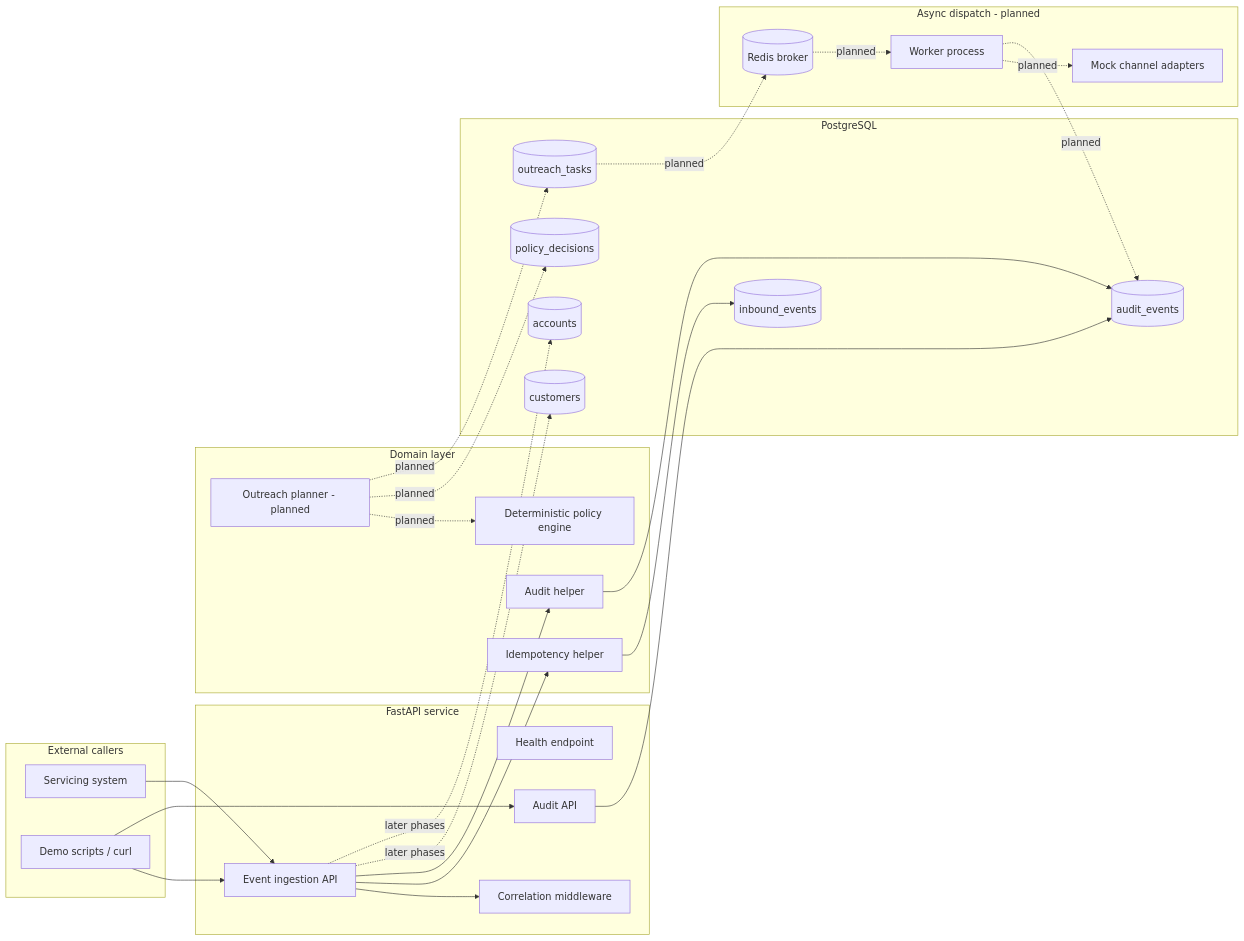
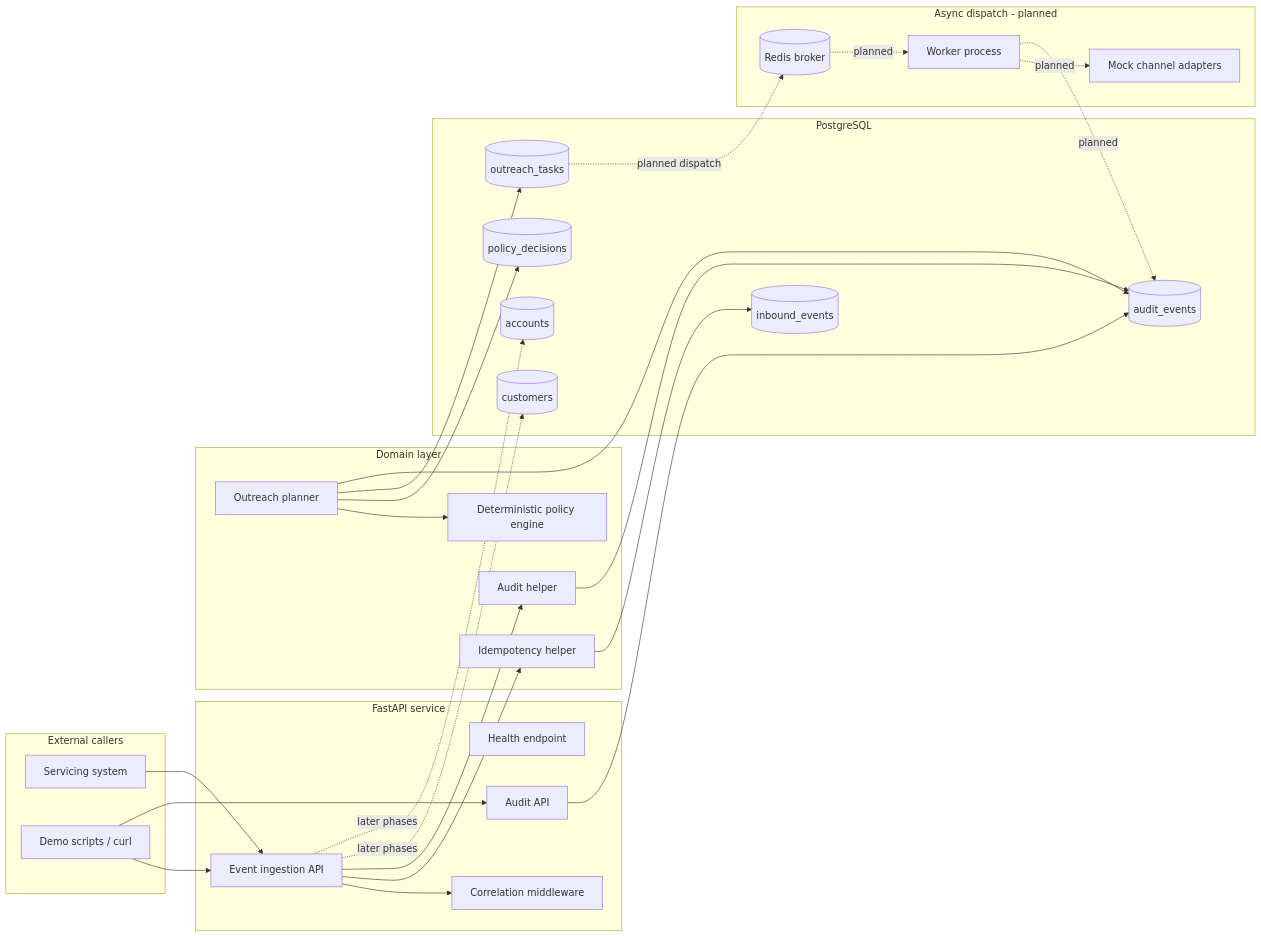
One commit to rafa761/ai-compliance-orquestrator changed the second of 2 diagrams in README.md. Above: the diagram before and after it, drawn with Mermaid. The commit also changed other lines of this file and 5 other files, not shown here.

````diff
--- a/README.md
+++ b/README.md
@@ -88,55 +97,56 @@
 ```mermaid
 flowchart LR
     subgraph Clients[External callers]
         Servicing[Servicing system]
         Demo[Demo scripts / curl]
     end
 
     subgraph API[FastAPI service]
         Health[Health endpoint]
         Events[Event ingestion API]
         AuditAPI[Audit API]
         Correlation[Correlation middleware]
     end
 
     subgraph Domain[Domain layer]
         Idempotency[Idempotency helper]
         AuditHelper[Audit helper]
         Policy[Deterministic policy engine]
-        Planner[Outreach planner - planned]
+        Planner[Outreach planner]
     end
 
     subgraph Data[PostgreSQL]
         Customers[(customers)]
         Accounts[(accounts)]
         Inbound[(inbound_events)]
         Decisions[(policy_decisions)]
         Tasks[(outreach_tasks)]
         Audit[(audit_events)]
     end
 
     subgraph Async[Async dispatch - planned]
         Redis[(Redis broker)]
         Worker[Worker process]
         Adapters[Mock channel adapters]
     end
 
     Servicing --> Events
     Demo --> Events
     Demo --> AuditAPI
     Events --> Correlation
     Events --> Idempotency
     Events --> AuditHelper
     Idempotency --> Inbound
     AuditHelper --> Audit
     AuditAPI --> Audit
-    Planner -. planned .-> Policy
-    Planner -. planned .-> Decisions
-    Planner -. planned .-> Tasks
-    Tasks -. planned .-> Redis
+    Planner --> Policy
+    Planner --> Decisions
+    Planner --> Tasks
+    Planner --> Audit
+    Tasks -. planned dispatch .-> Redis
     Redis -. planned .-> Worker
     Worker -. planned .-> Adapters
     Worker -. planned .-> Audit
     Events -. later phases .-> Customers
     Events -. later phases .-> Accounts
 ```
````
